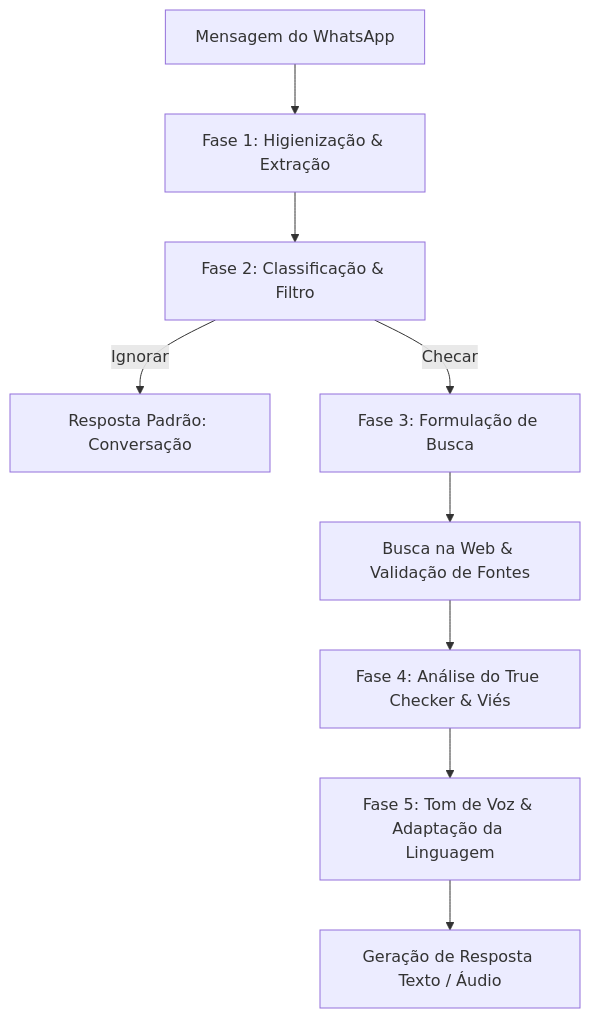
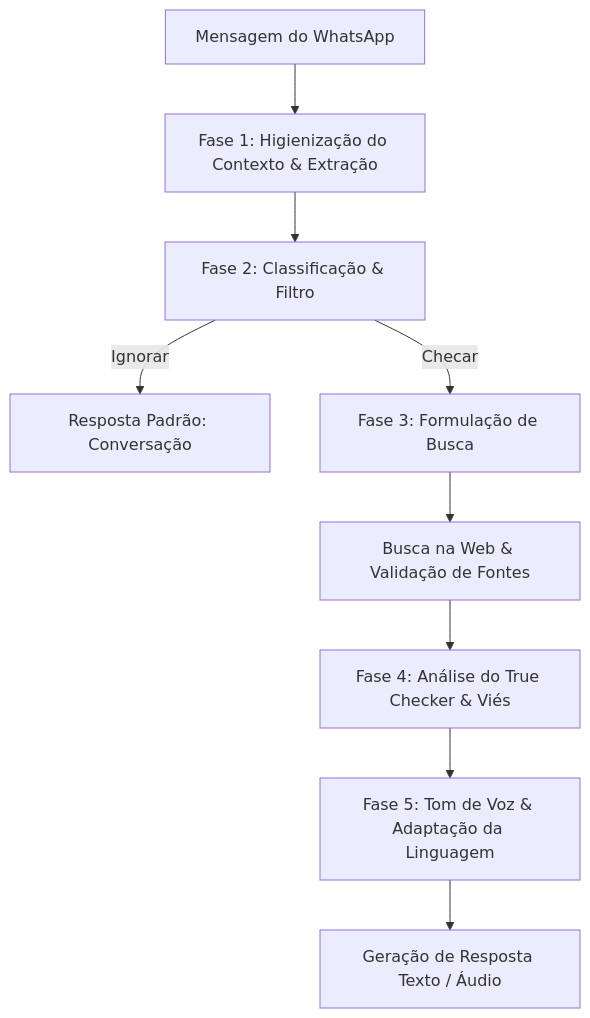
One commit to oihugu/e-verdade changed the diagram in docs/llm_pipeline.md. Above: the diagram before and after it, drawn with Mermaid. The commit also changed other lines of this file and 1 other file, not shown here.

Commit message:
docs: update architecture and pipeline documentation to reflect transition from input sanitization to context sanitization

````diff
--- a/docs/llm_pipeline.md
+++ b/docs/llm_pipeline.md
@@ -9,11 +9,11 @@
 ```mermaid
 graph TD
-    A[Mensagem do WhatsApp] --> B[Fase 1: Higienização & Extração]
+    A[Mensagem do WhatsApp] --> B[Fase 1: Higienização do Contexto & Extração]
     B --> C[Fase 2: Classificação & Filtro]
     C -->|Ignorar| D[Resposta Padrão: Conversação]
     C -->|Checar| E[Fase 3: Formulação de Busca]
     E --> F[Busca na Web & Validação de Fontes]
     F --> G[Fase 4: Análise do True Checker & Viés]
     G --> H[Fase 5: Tom de Voz & Adaptação da Linguagem]
     H --> I[Geração de Resposta Texto / Áudio]
 ```
````
